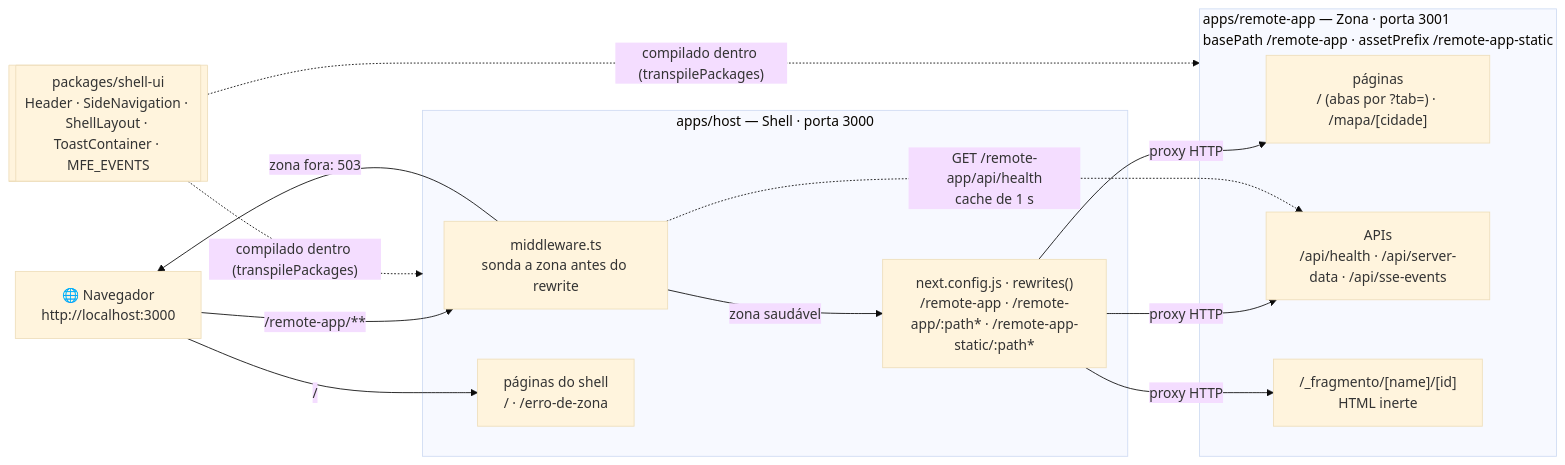
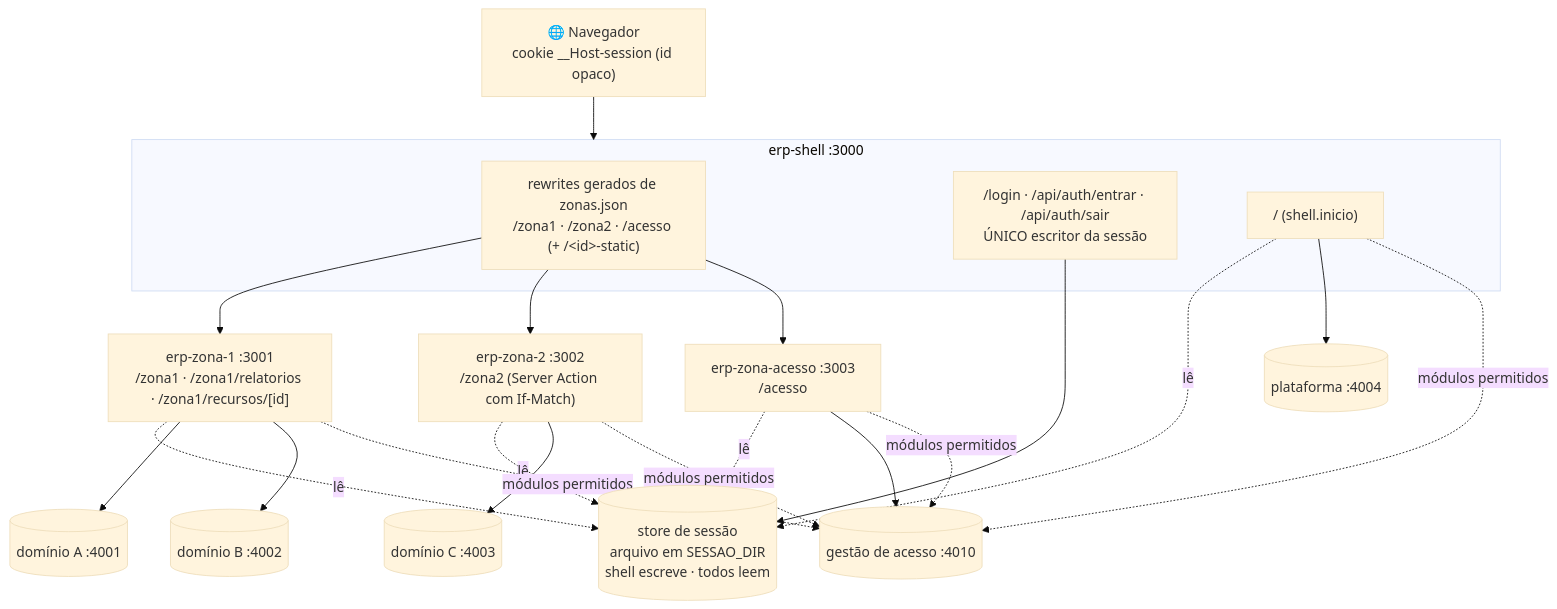
The first of 4 diagrams in docs/arquitetura/atual.md (ArtroxGabriel/nextjs-mfe), drawn with Mermaid (base theme) before and after one commit. The commit also changed other lines of this file and 26 other files, not shown here.

First line of the commit message:
feat(base): validate the generic BFF + Multi-Zones base in repos/ and freeze the apps/ PoC

````diff
--- a/docs/arquitetura/atual.md
+++ b/docs/arquitetura/atual.md
@@ -16,30 +15,30 @@
 ```mermaid
-flowchart LR
-    B["🌐 Navegador<br/>http://localhost:3000"]
+flowchart TB
+    B["🌐 Navegador<br/>cookie __Host-session (id opaco)"]
 
-    subgraph SHELL["apps/host — Shell · porta 3000"]
-        MW["middleware.ts<br/>sonda a zona antes do rewrite"]
-        RW["next.config.js · rewrites()<br/>/remote-app · /remote-app/:path* · /remote-app-static/:path*"]
-        HP["páginas do shell<br/>/ · /erro-de-zona"]
+    subgraph SHELL["erp-shell :3000"]
+        GW["rewrites gerados de zonas.json<br/>/zona1 · /zona2 · /acesso (+ /&lt;id&gt;-static)"]
+        AUTH["/login · /api/auth/entrar · /api/auth/sair<br/>ÚNICO escritor da sessão"]
+        SH["/ (shell.inicio)"]
     end
+    Z1["erp-zona-1 :3001<br/>/zona1 · /zona1/relatorios · /zona1/recursos/[id]"]
+    Z2["erp-zona-2 :3002<br/>/zona2 (Server Action com If-Match)"]
+    ZA["erp-zona-acesso :3003<br/>/acesso"]
 
-    subgraph ZONA["apps/remote-app — Zona · porta 3001<br/>basePath /remote-app · assetPrefix /remote-app-static"]
-        ZP["páginas<br/>/ (abas por ?tab=) · /mapa/[cidade]"]
-        API["APIs<br/>/api/health · /api/server-data · /api/sse-events"]
-        FR["/_fragmento/[name]/[id]<br/>HTML inerte"]
-    end
+    ST[("store de sessão<br/>arquivo em SESSAO_DIR<br/>shell escreve · todos leem")]
+    DP[("plataforma :4004")]
+    DA[("domínio A :4001")]
+    DB[("domínio B :4002")]
+    DC[("domínio C :4003")]
+    GA[("gestão de acesso :4010")]
 
-    UI[["packages/shell-ui<br/>Header · SideNavigation · ShellLayout · ToastContainer · MFE_EVENTS"]]
-
-    B -->|"/"| HP
-    B -->|"/remote-app/**"| MW
-    MW -->|"zona saudável"| RW
-    MW -->|"zona fora: 503"| B
-    RW -->|"proxy HTTP"| ZP
-    RW -->|"proxy HTTP"| API
-    RW -->|"proxy HTTP"| FR
-    MW -.->|"GET /remote-app/api/health<br/>cache de 1 s"| API
-
-    UI -. "compilado dentro (transpilePackages)" .-> SHELL
-    UI -. "compilado dentro (transpilePackages)" .-> ZONA
+    B --> SHELL
+    GW --> Z1 & Z2 & ZA
+    AUTH --> ST
+    SH & Z1 & Z2 & ZA -. lê .-> ST
+    SH --> DP
+    Z1 --> DA & DB
+    Z2 --> DC
+    ZA --> GA
+    SH & Z1 & Z2 & ZA -. "módulos permitidos" .-> GA
 ```
````
